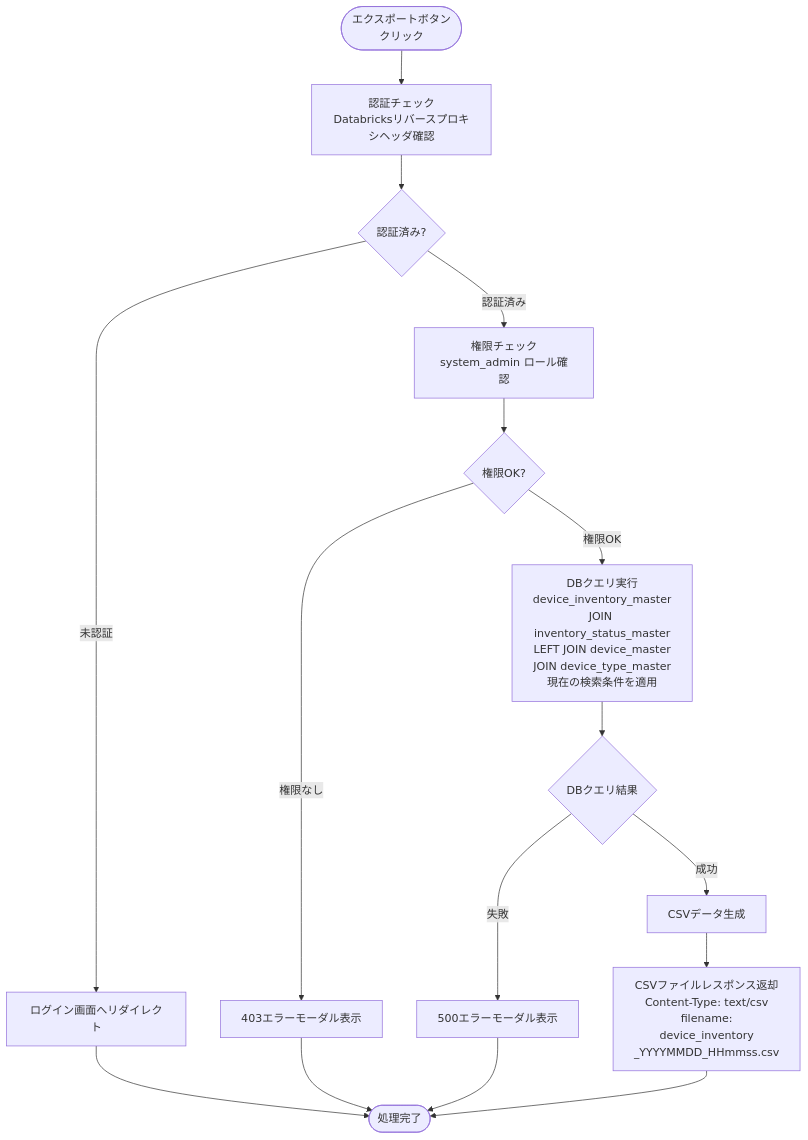
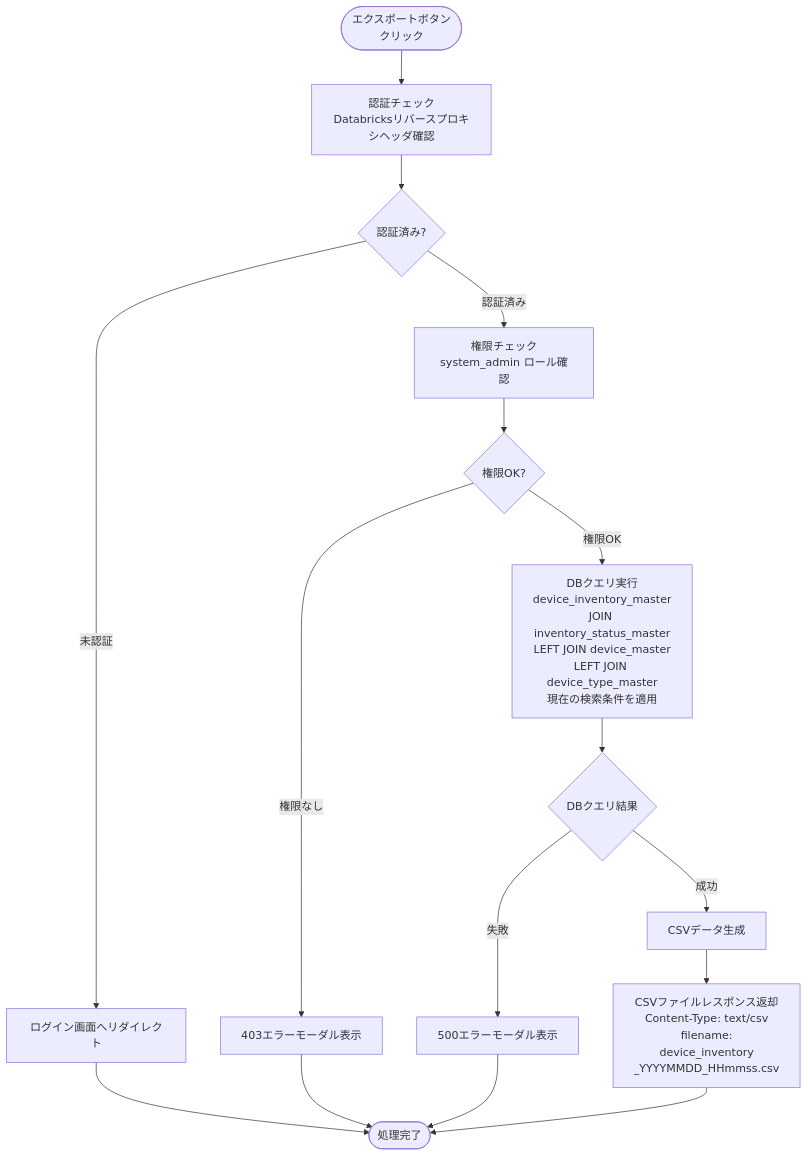
The ninth of 9 diagrams in docs/03-features/flask-app/device-inventory/workflow-specification.md (NSW-SVCP-AIWG002/Databricks-IoT), drawn with Mermaid before and after one commit. The commit also changed other lines of this file and 11 other files, not shown here.

````diff
--- a/docs/03-features/flask-app/device-inventory/workflow-specification.md
+++ b/docs/03-features/flask-app/device-inventory/workflow-specification.md
@@ -1409,22 +1498,22 @@
 ```mermaid
 flowchart TD
     Start([エクスポートボタン<br>クリック]) --> Auth[認証チェック<br>Databricksリバースプロキシヘッダ確認]
     Auth --> CheckAuth{認証済み?}
     CheckAuth -->|未認証| Error401[ログイン画面へリダイレクト]
     Error401 --> End([処理完了])
 
     CheckAuth -->|認証済み| Permission[権限チェック<br>system_admin ロール確認]
     Permission --> CheckPerm{権限OK?}
     CheckPerm -->|権限なし| Error403[403エラーモーダル表示]
     Error403 --> End
 
-    CheckPerm -->|権限OK| GetParams[DBクエリ実行<br>device_inventory_master<br>JOIN inventory_status_master<br>LEFT JOIN device_master<br>JOIN device_type_master<br>現在の検索条件を適用]
+    CheckPerm -->|権限OK| GetParams[DBクエリ実行<br>device_inventory_master<br>JOIN inventory_status_master<br>LEFT JOIN device_master<br>LEFT JOIN device_type_master<br>現在の検索条件を適用]
     GetParams --> CheckDB{DBクエリ結果}
 
     CheckDB -->|失敗| Error500[500エラーモーダル表示]
     Error500 --> End
 
     CheckDB -->|成功| Generate[CSVデータ生成]
     Generate --> Response[CSVファイルレスポンス返却<br>Content-Type: text/csv<br>filename:<br>device_inventory<br>_YYYYMMDD_HHmmss.csv]
     Response --> End
 ```
````
